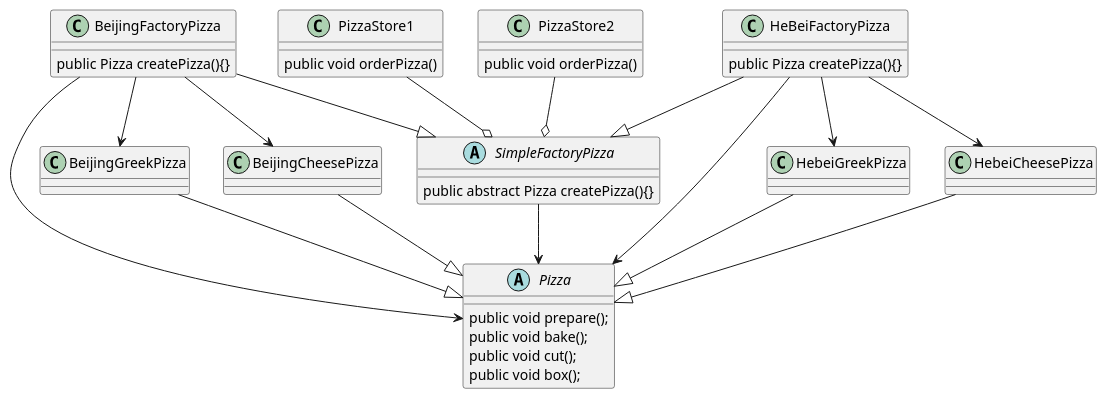
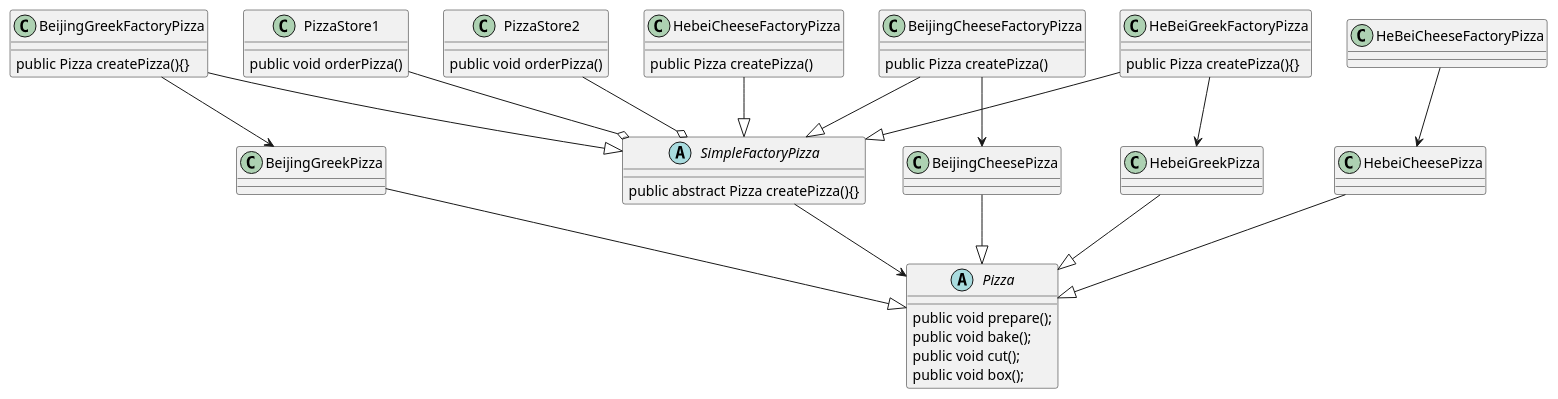
One commit to qrx183/DesignPattern changed the diagram in com/qrx/designpattern/factory/pizza.puml. Above: the diagram before and after it, drawn with PlantUML. The commit also changed 3 other files, not shown here.

```diff
--- a/com/qrx/designpattern/factory/pizza.puml
+++ b/com/qrx/designpattern/factory/pizza.puml
@@ -1,58 +1,64 @@
 @startuml
 'https://plantuml.com/class-diagram
 
 abstract class Pizza{
     public void prepare();
     public void bake();
     public void cut();
     public void box();
 }
 
 BeijingGreekPizza --|> Pizza
 BeijingCheesePizza --|> Pizza
 HebeiGreekPizza --|> Pizza
 HebeiCheesePizza --|> Pizza
 SimpleFactoryPizza --> Pizza
 PizzaStore1 --o SimpleFactoryPizza
 PizzaStore2 --o SimpleFactoryPizza
 
-BeijingFactoryPizza --|> SimpleFactoryPizza
-HeBeiFactoryPizza --|> SimpleFactoryPizza
-BeijingFactoryPizza --> Pizza
-BeijingFactoryPizza --> BeijingCheesePizza
-BeijingFactoryPizza --> BeijingGreekPizza
+BeijingCheeseFactoryPizza --|> SimpleFactoryPizza
+BeijingGreekFactoryPizza --|> SimpleFactoryPizza
+HebeiCheeseFactoryPizza --|> SimpleFactoryPizza
+HeBeiGreekFactoryPizza --|> SimpleFactoryPizza
+BeijingCheeseFactoryPizza --> BeijingCheesePizza
+BeijingGreekFactoryPizza --> BeijingGreekPizza
 
-HeBeiFactoryPizza --> Pizza
-HeBeiFactoryPizza --> HebeiGreekPizza
-HeBeiFactoryPizza --> HebeiCheesePizza
+HeBeiGreekFactoryPizza --> HebeiGreekPizza
+HeBeiCheeseFactoryPizza --> HebeiCheesePizza
 
 class BeijingGreekPizza{
 }
 class HebeiGreekPizza{
 }
 
 
 class BeijingCheesePizza{
 }
 class HebeiCheesePizza{
 }
 
 class PizzaStore1{
     public void orderPizza()
 }
 
 class PizzaStore2{
     public void orderPizza()
 }
 
 abstract class SimpleFactoryPizza{
     public abstract Pizza createPizza(){}
 }
 
-class BeijingFactoryPizza{
+class BeijingGreekFactoryPizza{
     public Pizza createPizza(){}
 }
-class HeBeiFactoryPizza{
+class BeijingCheeseFactoryPizza{
+    public Pizza createPizza()
+}
+class HeBeiGreekFactoryPizza{
     public Pizza createPizza(){}
 }
+class HebeiCheeseFactoryPizza{
+    public Pizza createPizza()
+}
 @enduml
```
